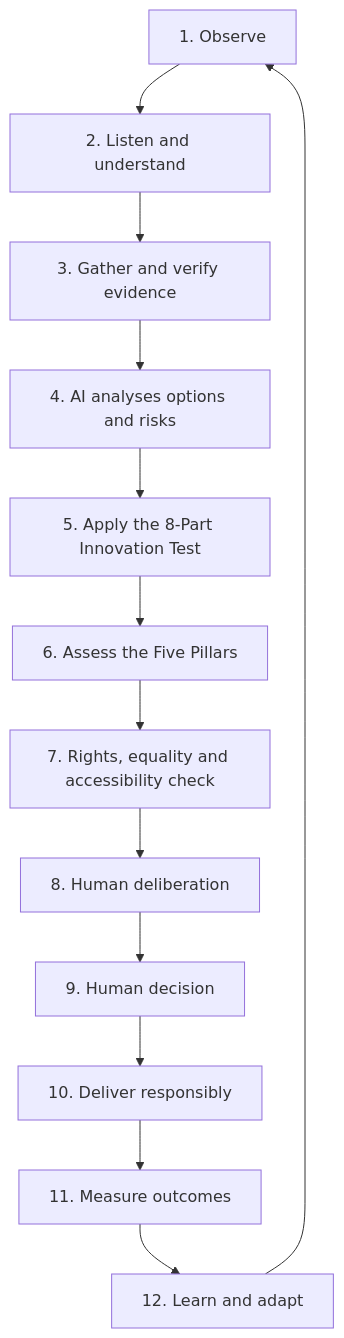
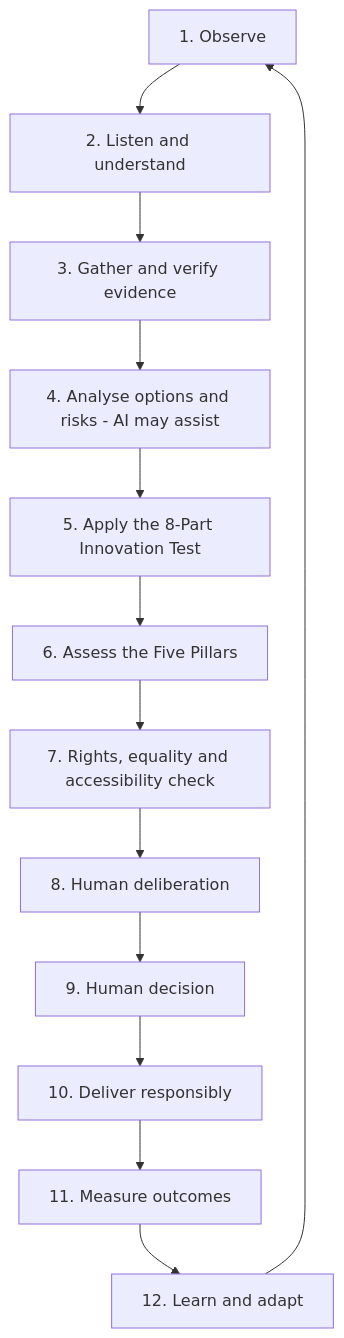
The diagram in docs/responsible-ai-loop.md (eoinpotts11-prog/-hesi-5p-innovation-model), drawn with Mermaid before and after one commit. The commit also changed other lines of this file, not shown here.

````diff
--- a/docs/responsible-ai-loop.md
+++ b/docs/responsible-ai-loop.md
@@ -21,15 +21,15 @@
 ```mermaid
 flowchart TD
     A[1. Observe] --> B[2. Listen and understand]
     B --> C[3. Gather and verify evidence]
-    C --> D[4. AI analyses options and risks]
+    C --> D[4. Analyse options and risks - AI may assist]
     D --> E[5. Apply the 8-Part Innovation Test]
     E --> F[6. Assess the Five Pillars]
     F --> G[7. Rights, equality and accessibility check]
     G --> H[8. Human deliberation]
     H --> I[9. Human decision]
     I --> J[10. Deliver responsibly]
     J --> K[11. Measure outcomes]
     K --> L[12. Learn and adapt]
     L --> A
 ```
````
